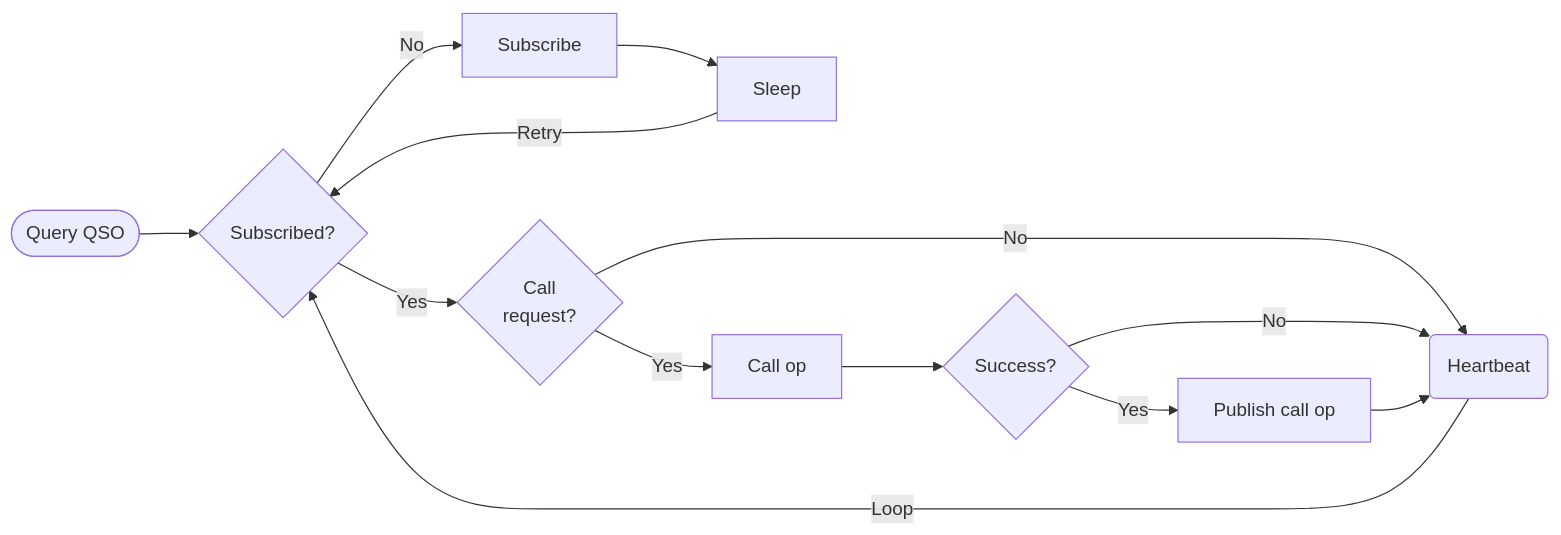
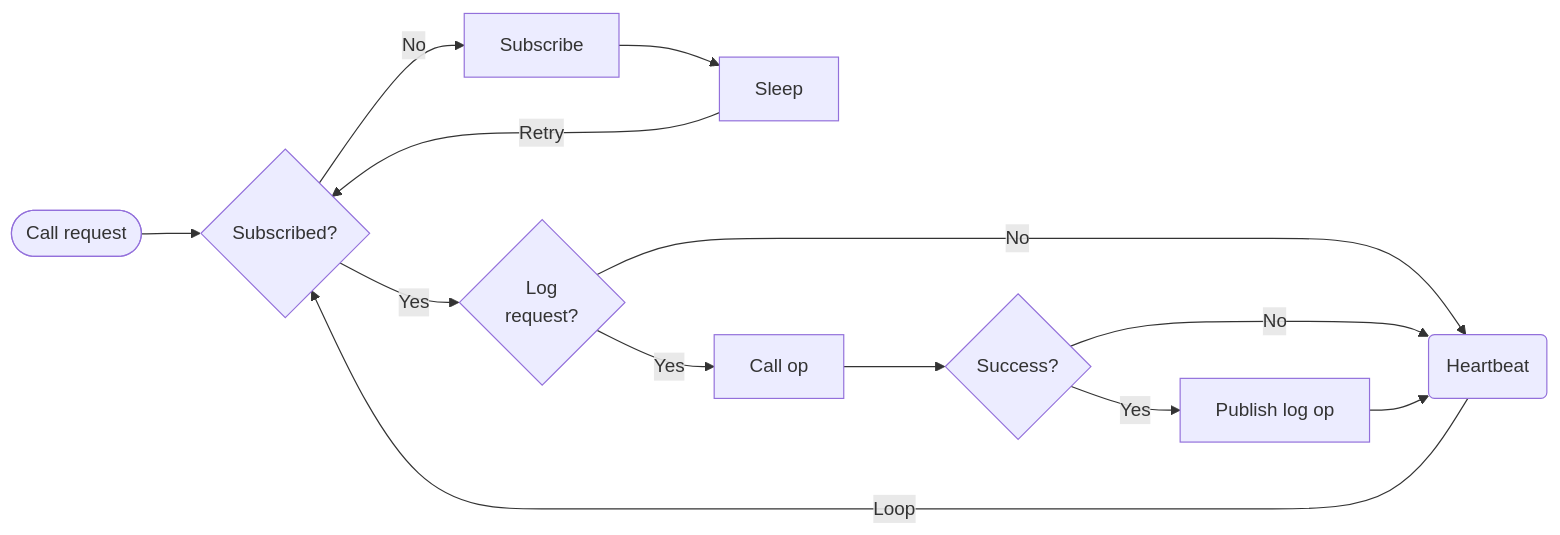
Before and after one commit to ckuhtz/ham: the fourth of 6 diagrams in doc/workflows.md, drawn with Mermaid. The commit also changed other lines of this file, not shown here.

````diff
--- a/doc/workflows.md
+++ b/doc/workflows.md
@@ -148,16 +148,17 @@
 ```mermaid
 flowchart LR;
-    QueryQSO([Query QSO]);
-    QueryQSO --> Subscribed0{Subscribed?};
-    Subscribed0 -->|Yes| Request0{Call<br>request?};
+    CallOp([Call request]);
+    Request0{Log<br>request?};
+    CallOp --> Subscribed0{Subscribed?};
+    Subscribed0 -->|Yes| Request0;
     Subscribed0 -->|No| Subscribed1[Subscribe];
     Subscribed1 --> Sleep0[Sleep];
     Sleep0 -->|Retry| Subscribed0;
     Request0 -->|Yes| CallOp0[Call op];
     Request0 -->|No| Heartbeat0(Heartbeat);
     CallOp0 --> CallOp1{Success?};
     CallOp1 -->|No| Heartbeat0;
-    CallOp1 -->|Yes| Publish0[Publish call op];
+    CallOp1 -->|Yes| Publish0[Publish log op];
     Publish0 --> Heartbeat0;
     Heartbeat0 -->|Loop| Subscribed0;
 ```
````
